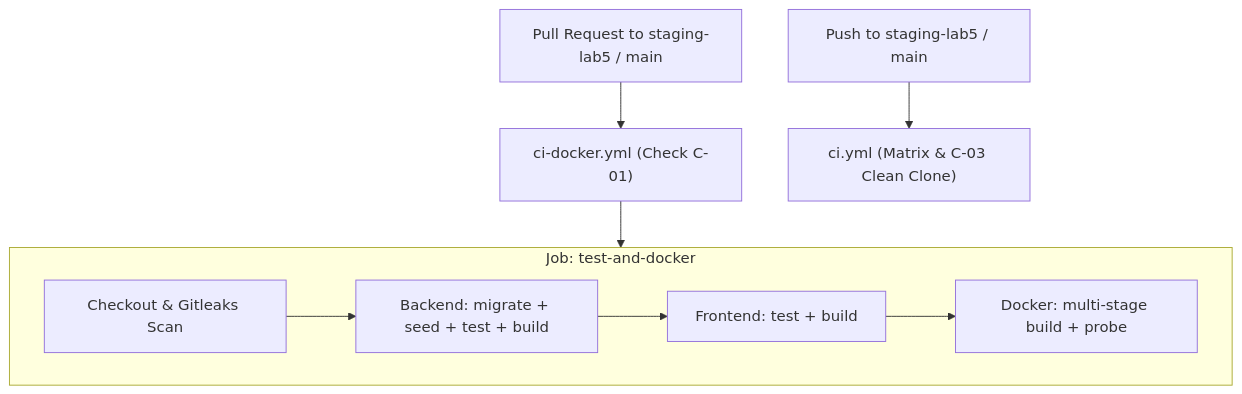
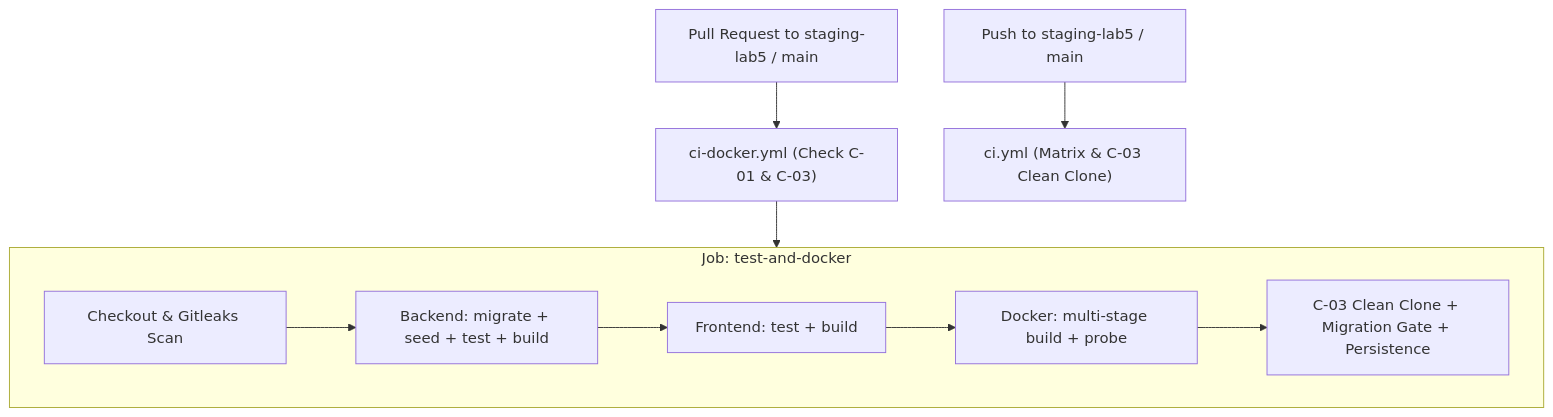
The second of 2 diagrams in docs/labs/lab-05/deployment.md (Pilaiwan3492/Whatsss-PMandELS), drawn with Mermaid before and after one commit. The commit also changed other lines of this file and 9 other files, not shown here.

````diff
--- a/docs/labs/lab-05/deployment.md
+++ b/docs/labs/lab-05/deployment.md
@@ -714,14 +715,15 @@
 ```mermaid
 flowchart TD
-    PR["Pull Request to staging-lab5 / main"] --> CIDocker["ci-docker.yml (Check C-01)"]
+    PR["Pull Request to staging-lab5 / main"] --> CIDocker["ci-docker.yml (Check C-01 & C-03)"]
     
     subgraph TestAndDockerJob ["Job: test-and-docker"]
         Checkout["Checkout & Gitleaks Scan"] --> BackendSteps["Backend: migrate + seed + test + build"]
         BackendSteps --> FrontendSteps["Frontend: test + build"]
         FrontendSteps --> DockerSteps["Docker: multi-stage build + probe"]
+        DockerSteps --> C03Steps["C-03 Clean Clone + Migration Gate + Persistence"]
     end
     
     CIDocker --> TestAndDockerJob
     
     PushBranch["Push to staging-lab5 / main"] --> CIPush["ci.yml (Matrix & C-03 Clean Clone)"]
 ```
````
